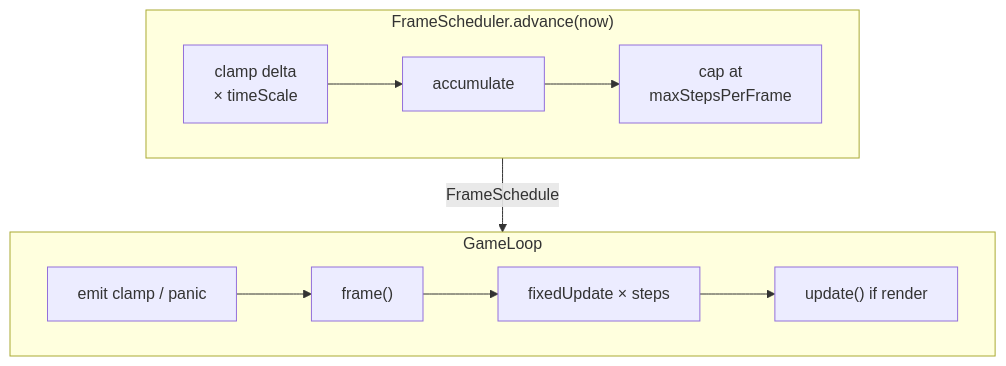
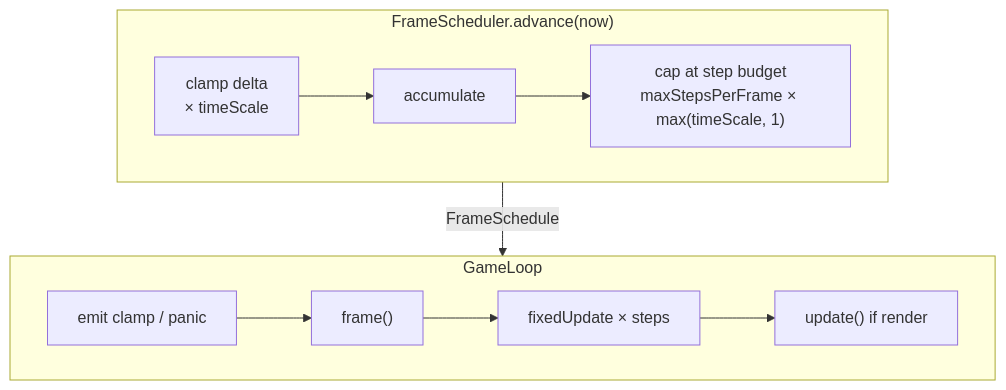
The second of 3 diagrams in packages/loop/ARCHITECTURE.md (JollyPixel/editor), drawn with Mermaid before and after one commit. The commit also changed 57 other files, not shown here.

Commit message:
refactor: improve timeScale across workspaces (#849)

````diff
--- a/packages/loop/ARCHITECTURE.md
+++ b/packages/loop/ARCHITECTURE.md
@@ -40,12 +40,12 @@
 ```mermaid
 flowchart TB
     subgraph Scheduler["FrameScheduler.advance(now)"]
         direction LR
-        Delta["clamp delta<br/>× timeScale"] --> Accumulate["accumulate"] --> Cap["cap at<br/>maxStepsPerFrame"]
+        Delta["clamp delta<br/>× timeScale"] --> Accumulate["accumulate"] --> Cap["cap at step budget<br/>maxStepsPerFrame × max(timeScale, 1)"]
     end
     subgraph Loop["GameLoop"]
         direction LR
         Events["emit clamp / panic"] --> Frame["frame()"] --> Fixed["fixedUpdate × steps"] --> Update["update() if render"]
     end
     Scheduler -->|"FrameSchedule"| Loop
 ```
````
